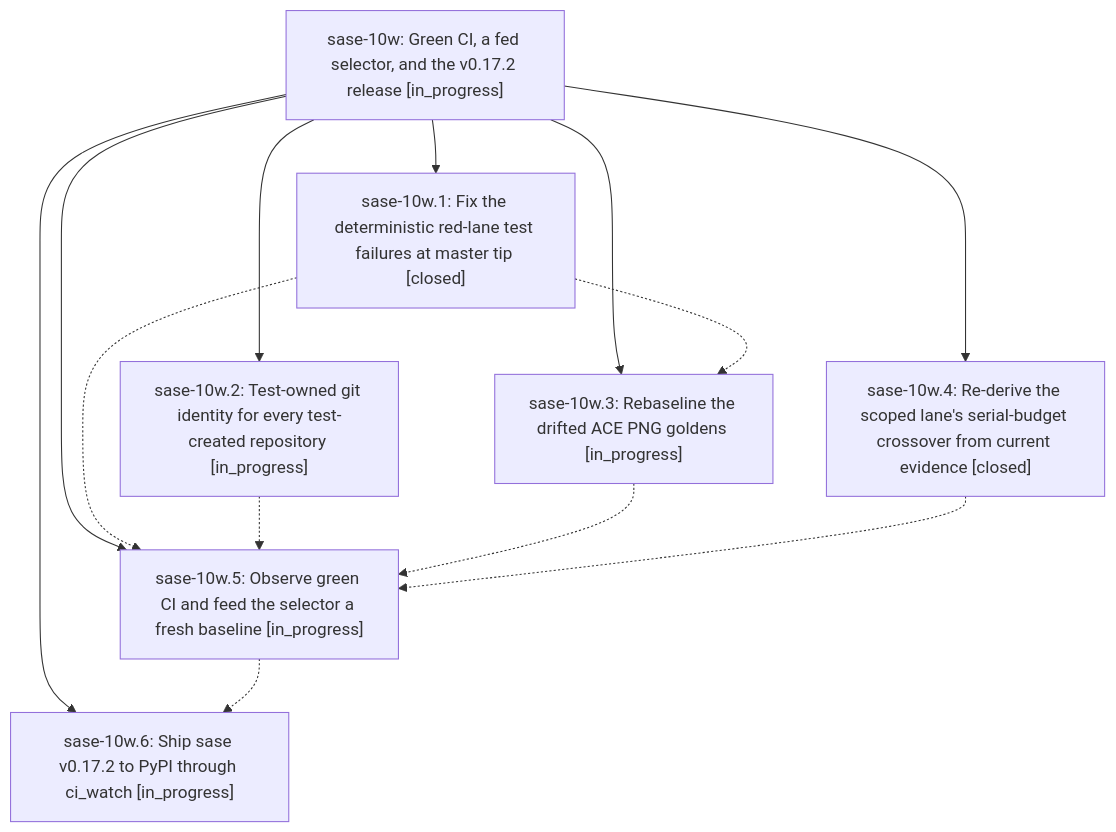
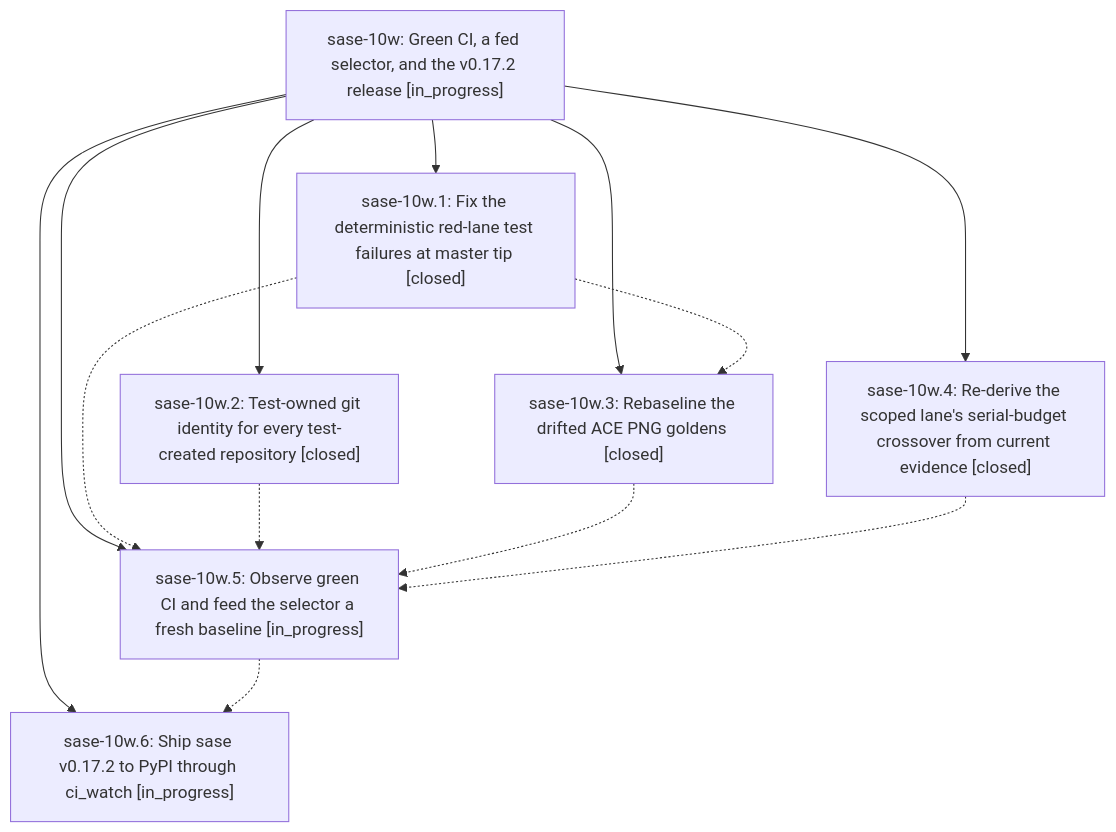
One commit to sase-org/sase--beads changed the diagram in pages/sase-10w/README.md. Above: the diagram before and after it, drawn with Mermaid. The commit also changed other lines of this file and 4 other files, not shown here.

````diff
--- a/pages/sase-10w/README.md
+++ b/pages/sase-10w/README.md
@@ -27,22 +27,22 @@
 ```mermaid
 flowchart TD
     n0["sase-10w: Green CI, a fed selector, and the v0.17.2 release [in_progress]"]
     n1["sase-10w.1: Fix the deterministic red-lane test failures at master tip [closed]"]
-    n2["sase-10w.2: Test-owned git identity for every test-created repository [in_progress]"]
-    n3["sase-10w.3: Rebaseline the drifted ACE PNG goldens [in_progress]"]
+    n2["sase-10w.2: Test-owned git identity for every test-created repository [closed]"]
+    n3["sase-10w.3: Rebaseline the drifted ACE PNG goldens [closed]"]
     n4["sase-10w.4: Re-derive the scoped lane's serial-budget crossover from current evidence [closed]"]
     n5["sase-10w.5: Observe green CI and feed the selector a fresh baseline [in_progress]"]
     n6["sase-10w.6: Ship sase v0.17.2 to PyPI through ci_watch [in_progress]"]
     n0 --> n1
     n0 --> n2
     n0 --> n3
     n0 --> n4
     n0 --> n5
     n0 --> n6
     n1 -.-> n3
     n1 -.-> n5
     n2 -.-> n5
     n3 -.-> n5
     n4 -.-> n5
     n5 -.-> n6
 ```
````
